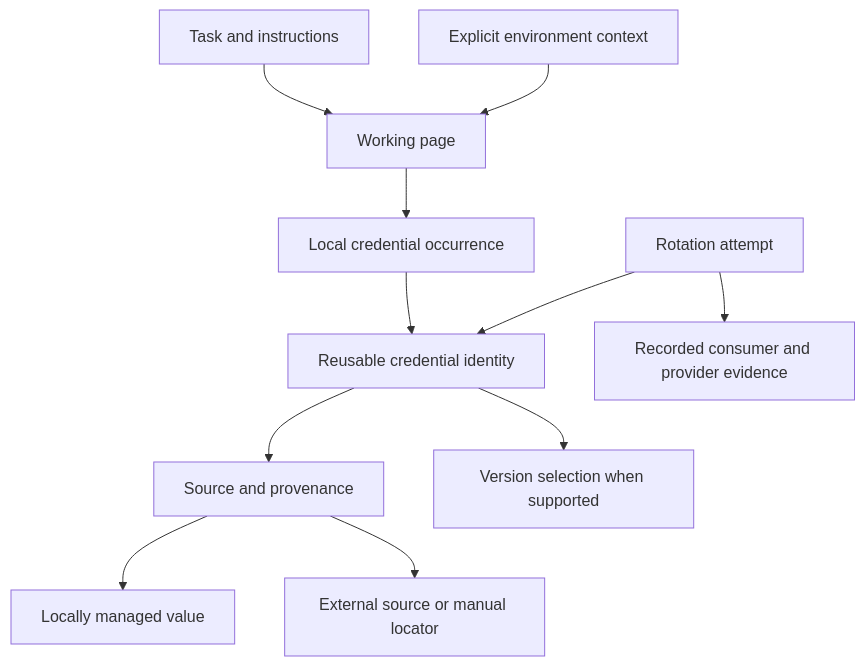
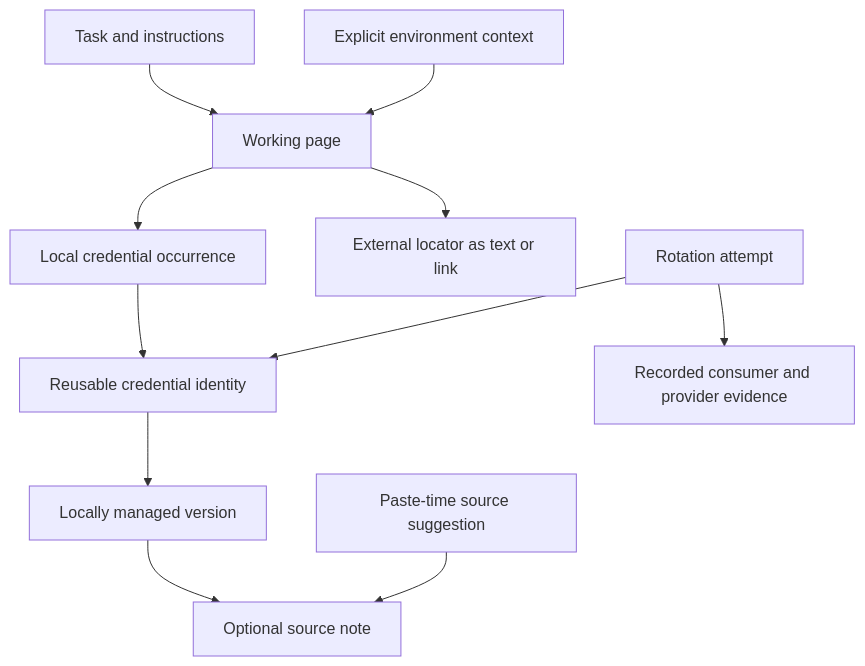
One commit to onetimesecret/macos changed the diagram in docs/spec/design/operational-notebook/README.md. Above: the diagram before and after it, drawn with Mermaid. The commit also changed other lines of this file and 3 other files, not shown here.

Commit message:
docs(design): clarify manual provenance and paste-source hints

````diff
--- a/docs/spec/design/operational-notebook/README.md
+++ b/docs/spec/design/operational-notebook/README.md
@@ -114,13 +118,13 @@
 ```mermaid
 flowchart TD
     Task[Task and instructions] --> Page[Working page]
     Context[Explicit environment context] --> Page
     Page --> Occurrence[Local credential occurrence]
     Occurrence --> Identity[Reusable credential identity]
-    Identity --> Source[Source and provenance]
-    Source --> Local[Locally managed value]
-    Source --> External[External source or manual locator]
-    Identity --> Version[Version selection when supported]
+    Identity --> Version[Locally managed version]
+    Version --> Source[Optional source note]
+    Hint[Paste-time source suggestion] --> Source
+    Page --> Locator[External locator as text or link]
     Rotation[Rotation attempt] --> Identity
     Rotation --> Evidence[Recorded consumer and provider evidence]
 ```
````
